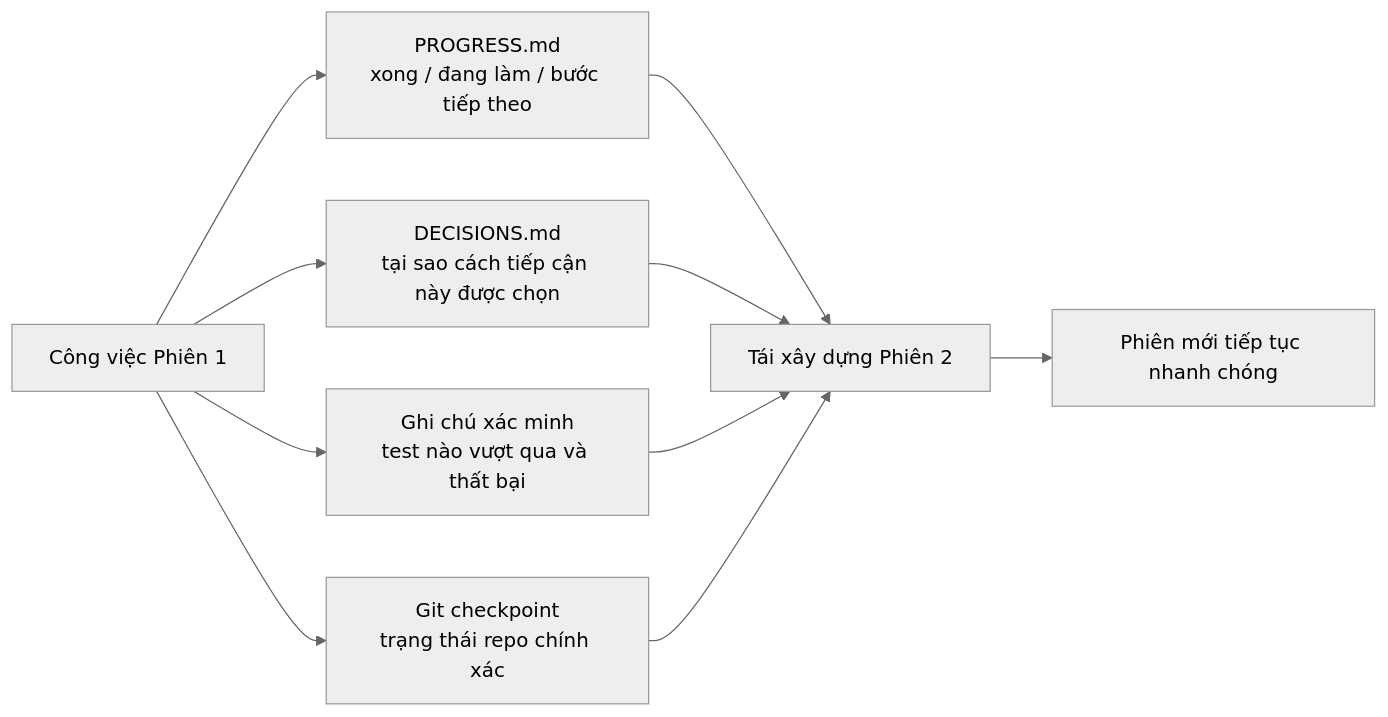
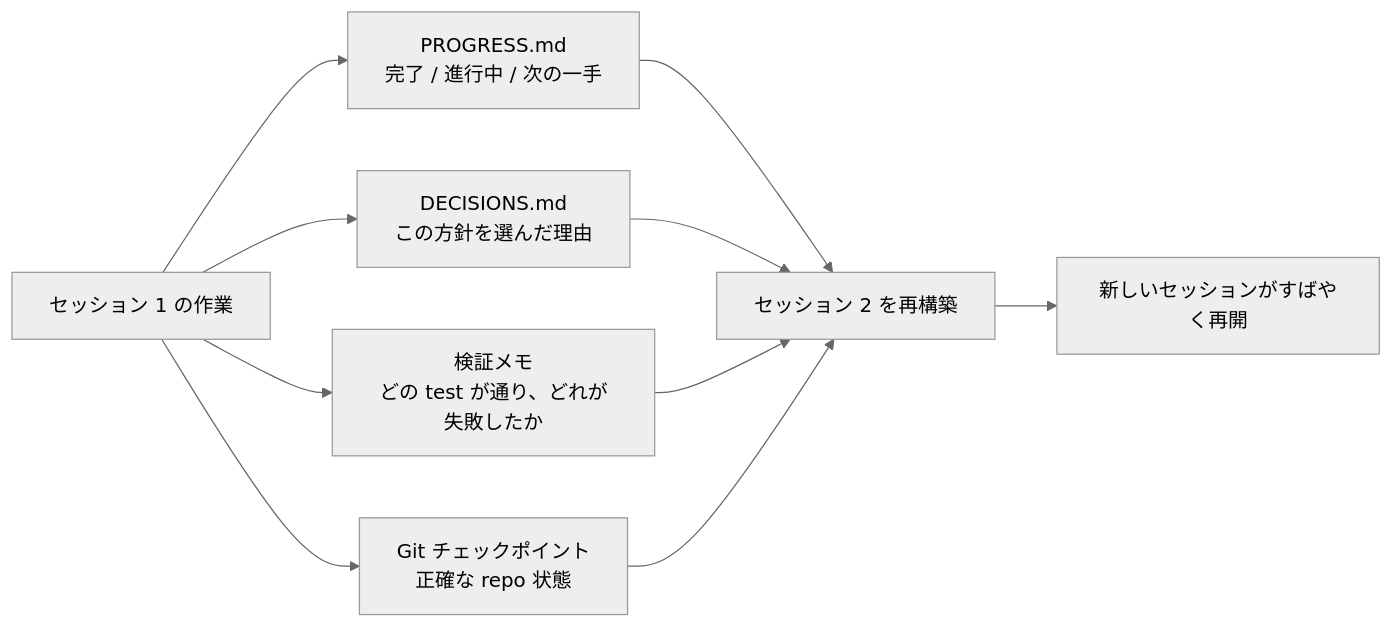
Before and after one commit to mkusaka/learn-harness-engineering: the second of 2 diagrams in docs/vi/lectures/lecture-05-why-long-running-tasks-lose-continuity/index.md, drawn with Mermaid (neutral theme). The commit also changed other lines of this file and 571 other files, not shown here.

````diff
--- a/docs/vi/lectures/lecture-05-why-long-running-tasks-lose-continuity/index.md
+++ b/docs/vi/lectures/lecture-05-why-long-running-tasks-lose-continuity/index.md
@@ -36,14 +36,14 @@
 ```mermaid
 flowchart LR
-    Work["Công việc Phiên 1"] --> Progress["PROGRESS.md<br/>xong / đang làm / bước tiếp theo"]
-    Work --> Decisions["DECISIONS.md<br/>tại sao cách tiếp cận này được chọn"]
-    Work --> Verify["Ghi chú xác minh<br/>test nào vượt qua và thất bại"]
-    Work --> Commit["Git checkpoint<br/>trạng thái repo chính xác"]
+    Work["セッション 1 の作業"] --> Progress["PROGRESS.md<br/>完了 / 進行中 / 次の一手"]
+    Work --> Decisions["DECISIONS.md<br/>この方針を選んだ理由"]
+    Work --> Verify["検証メモ<br/>どの test が通り、どれが失敗したか"]
+    Work --> Commit["Git チェックポイント<br/>正確な repo 状態"]
 
-    Progress --> Rebuild["Tái xây dựng Phiên 2"]
+    Progress --> Rebuild["セッション 2 を再構築"]
     Decisions --> Rebuild
     Verify --> Rebuild
     Commit --> Rebuild
 
-    Rebuild --> Resume["Phiên mới tiếp tục nhanh chóng"]
+    Rebuild --> Resume["新しいセッションがすばやく再開"]
 ```
````
